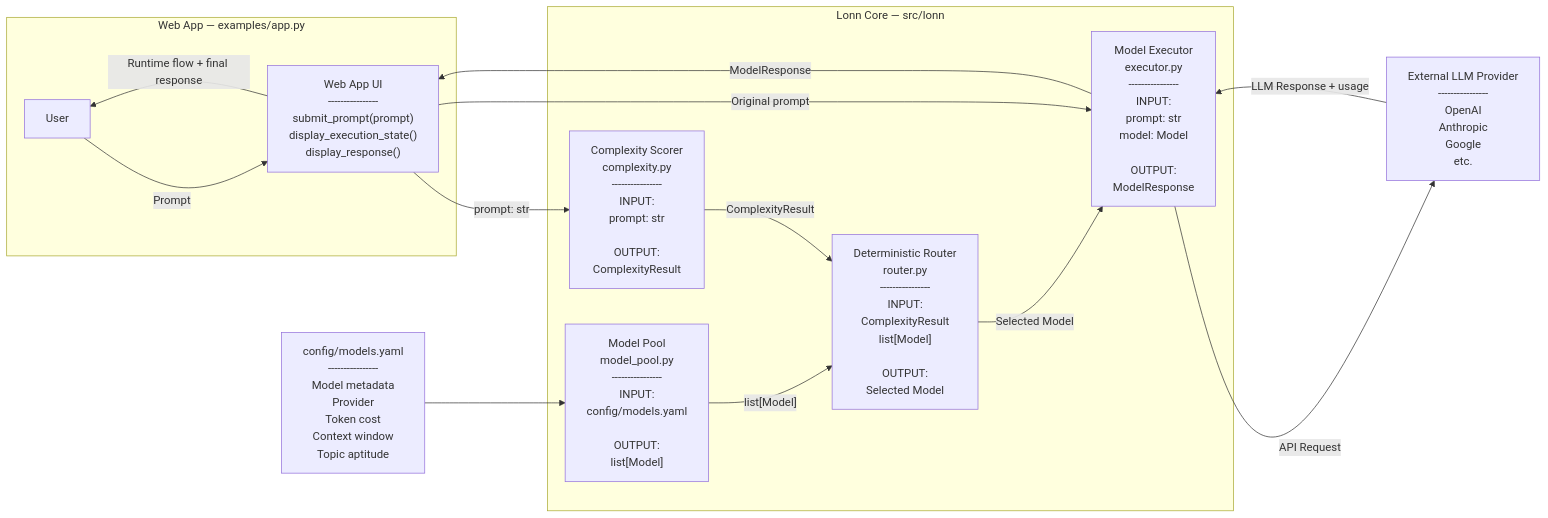
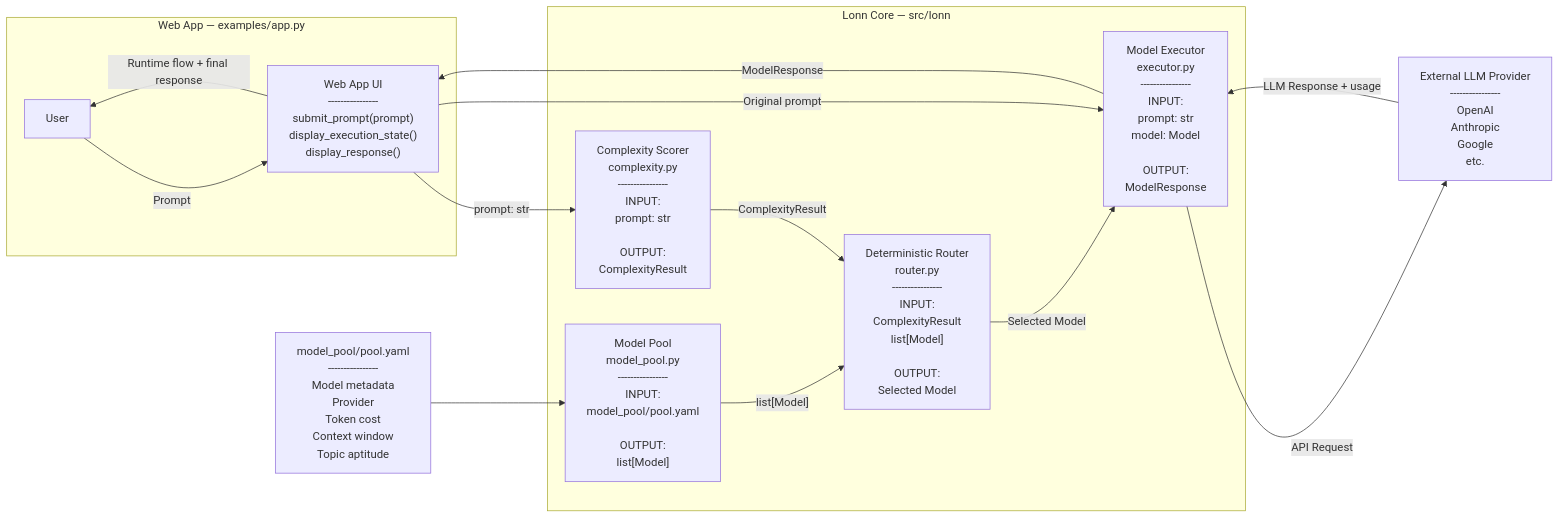
One commit to emrailklmin/Lonn changed the first of 5 diagrams in docs/Prototype_architecture.md. Above: the diagram before and after it, drawn with Mermaid. The commit also changed other lines of this file and 5 other files, not shown here.

```diff
--- a/docs/Prototype_architecture.md
+++ b/docs/Prototype_architecture.md
@@ -70,7 +70,7 @@
         model_pool.py
         ----------------
         INPUT:
-        config/models.yaml
+        model_pool/pool.yaml
 
         OUTPUT:
         list[Model]"]
@@ -82,7 +82,7 @@
     %% CONFIGURATION
     %% =========================
 
-    CONFIG["config/models.yaml
+    CONFIG["model_pool/pool.yaml
     ----------------
     Model metadata
     Provider
```
